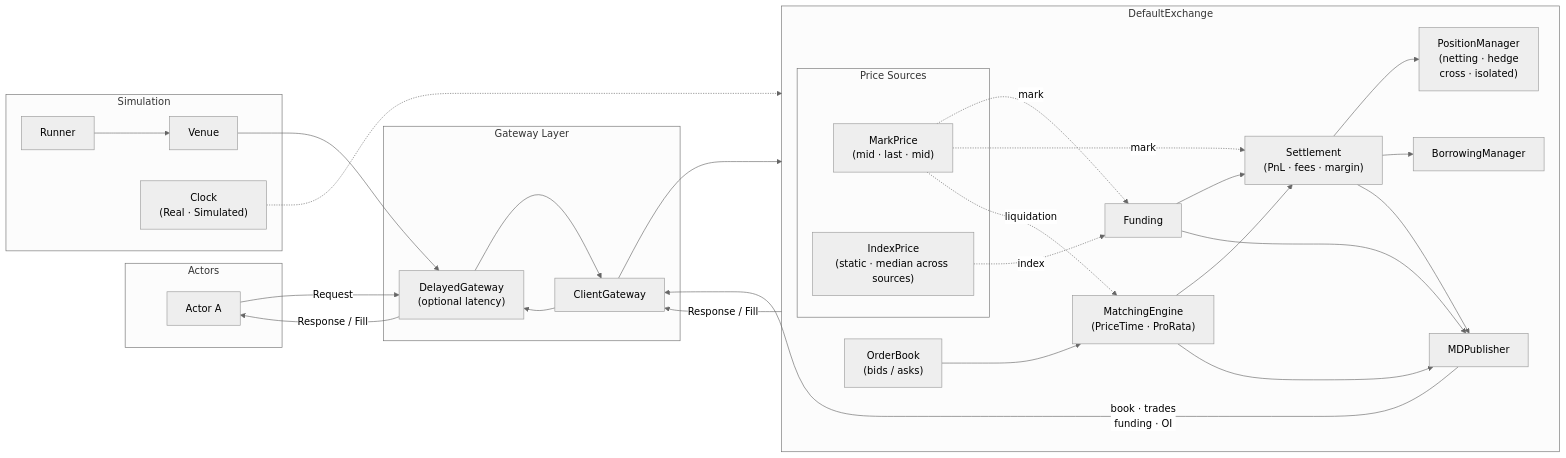
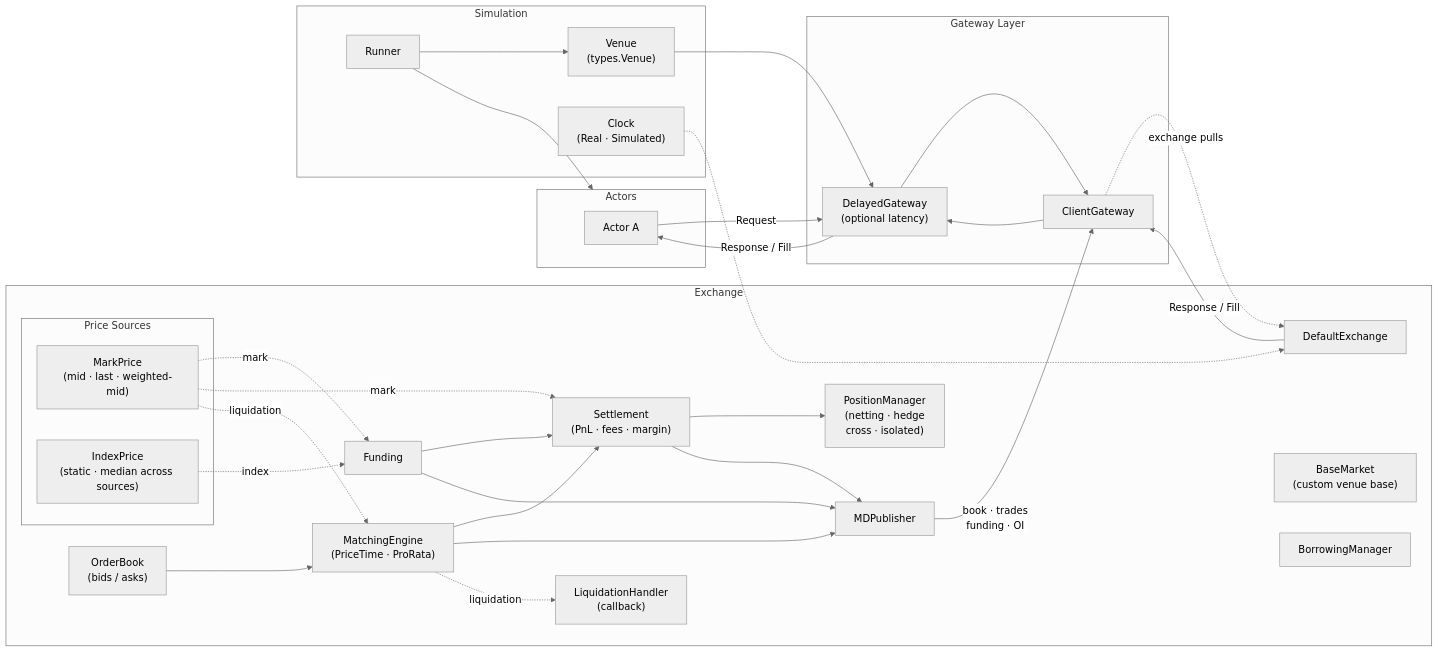
One commit to VladKochetov007/ExchangeSimulation changed the diagram in README.md. Above: the diagram before and after it, drawn with Mermaid (neutral theme). The commit also changed 5 other files, not shown here.

````diff
--- a/README.md
+++ b/README.md
@@ -11,58 +11,62 @@
 ```mermaid
 flowchart LR
     subgraph AL["Actors"]
         A1["Actor A"]
     end
 
     subgraph GL["Gateway Layer"]
         DGW["DelayedGateway</br>(optional latency)"]
         CGW["ClientGateway"]
     end
 
-    subgraph EX["DefaultExchange"]
+    subgraph EX["Exchange"]
+        DEX["DefaultExchange"]
+        BM2["BaseMarket</br>(custom venue base)"]
         OB["OrderBook</br>(bids / asks)"]
         ME["MatchingEngine</br>(PriceTime · ProRata)"]
         ST["Settlement</br>(PnL · fees · margin)"]
         PM["PositionManager</br>(netting · hedge</br>cross · isolated)"]
         FM["Funding"]
         BM["BorrowingManager"]
         MDP["MDPublisher"]
+        LH["LiquidationHandler</br>(callback)"]
         subgraph PS["Price Sources"]
-            MP["MarkPrice</br>(mid · last ·  mid)"]
+            MP["MarkPrice</br>(mid · last · weighted-mid)"]
             IP["IndexPrice</br>(static · median across sources)"]
         end
     end
 
     subgraph SIM["Simulation"]
-        VENUE["Venue"]
+        VENUE["Venue</br>(types.Venue)"]
         RUNNER["Runner"]
         CLK["Clock</br>(Real · Simulated)"]
     end
 
     A1 -- Request --> DGW
     DGW --> CGW
-    CGW --> EX
-    EX -- "Response / Fill" --> CGW
+    CGW -. "exchange pulls" .-> DEX
+    DEX -- "Response / Fill" --> CGW
     CGW --> DGW
     DGW -- "Response / Fill" --> A1
 
     OB --> ME
     ME --> ST
     ST --> PM
-    ST --> BM
 
     IP -. index .-> FM
     MP -. mark .-> FM
     MP -. mark .-> ST
     MP -. liquidation .-> ME
     FM --> ST
     ME --> MDP
     ST --> MDP
     FM --> MDP
+    ME -. liquidation .-> LH
 
     MDP -- "book · trades</br>funding · OI" --> CGW
 
-    CLK -.-> EX
+    CLK -.-> DEX
     RUNNER --> VENUE
+    RUNNER --> AL
     VENUE --> DGW
 ```
````
